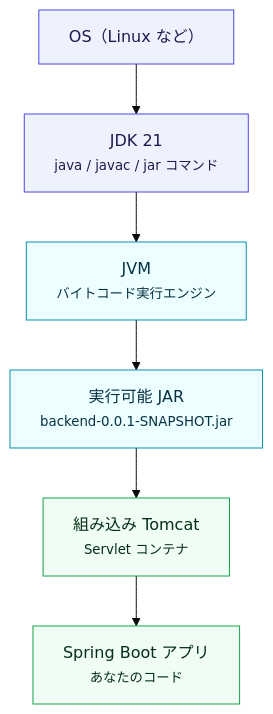
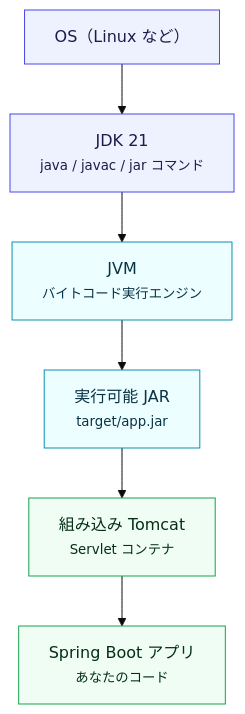
One commit to DRS22DownForce/SmartHouseholdAccountBook changed the first of 5 diagrams in docs/backend/01-spring-core.md. Above: the diagram before and after it, drawn with Mermaid (base theme). The commit also changed other lines of this file and 4 other files, not shown here.

Commit message:
Dockerfileとpom.xmlを更新し、JARファイルの出力名を固定しました。これにより、Dockerコンテナ内でのアプリケーション起動時に使用するJARファイルのパスが明確になり、意図しないファイルの選択を防ぎます。また、関連するドキュメントを更新し、ビルド出力の変更を反映しました。

````diff
--- a/docs/backend/01-spring-core.md
+++ b/docs/backend/01-spring-core.md
@@ -62,15 +62,15 @@
 ```mermaid
 flowchart TB
     OS["OS（Linux など）"]:::infra
     JDK["JDK 21<br/><small>java / javac / jar コマンド</small>"]:::infra
     JVM["JVM<br/><small>バイトコード実行エンジン</small>"]:::runtime
-    JAR["実行可能 JAR<br/><small>backend-0.0.1-SNAPSHOT.jar</small>"]:::runtime
+    JAR["実行可能 JAR<br/><small>target/app.jar</small>"]:::runtime
     Tomcat["組み込み Tomcat<br/><small>Servlet コンテナ</small>"]:::app
     App["Spring Boot アプリ<br/><small>あなたのコード</small>"]:::app
 
     OS --> JDK --> JVM --> JAR --> Tomcat --> App
 
     classDef infra fill:#eef2ff,stroke:#4f46e5,color:#1e1b4b;
     classDef runtime fill:#ecfeff,stroke:#0891b2,color:#083344;
     classDef app fill:#f0fdf4,stroke:#16a34a,color:#052e16;
 ```
````
